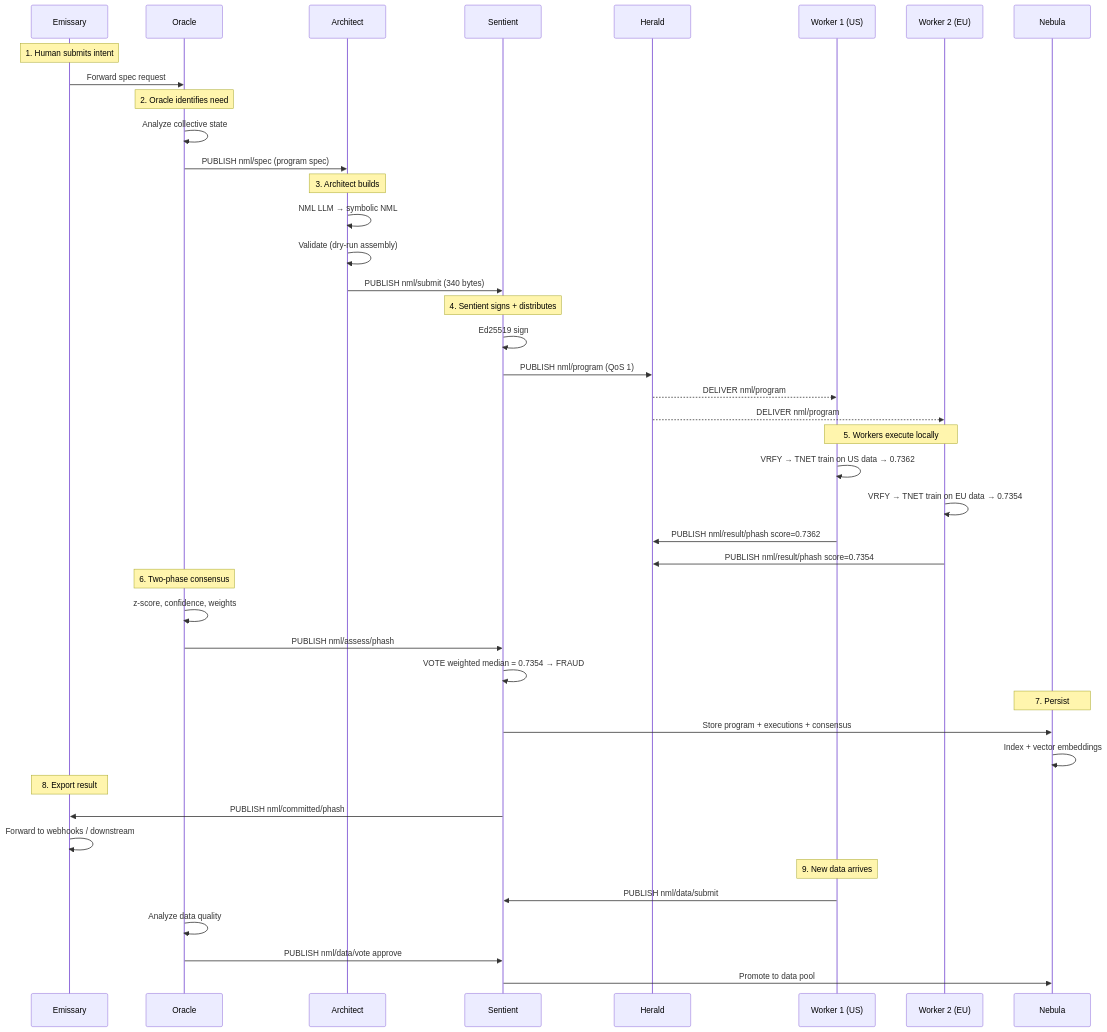
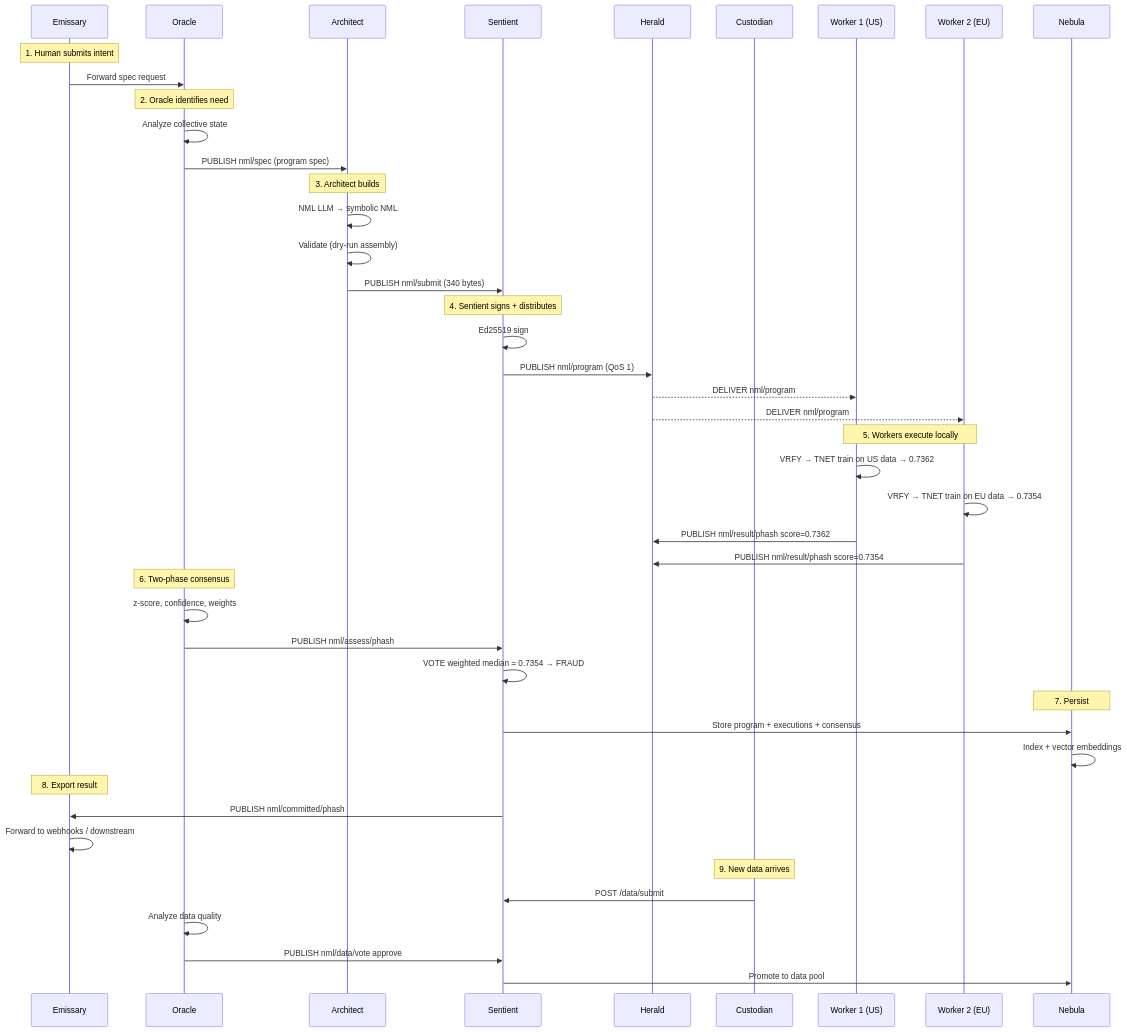
Before and after one commit to dnamaz/nml-collective: the fifth of 5 diagrams in docs/SYSTEM_ARCHITECTURE.md, drawn with Mermaid. The commit also changed other lines of this file and 41 other files, not shown here.

````diff
--- a/docs/SYSTEM_ARCHITECTURE.md
+++ b/docs/SYSTEM_ARCHITECTURE.md
@@ -181,54 +181,55 @@
 ```mermaid
 sequenceDiagram
     participant EM as Emissary
     participant O as Oracle
     participant A as Architect
     participant S as Sentient
     participant H as Herald
+    participant C as Custodian
     participant W1 as Worker 1 (US)
     participant W2 as Worker 2 (EU)
     participant N as Nebula
 
     Note over EM: 1. Human submits intent
     EM->>O: Forward spec request
 
     Note over O: 2. Oracle identifies need
     O->>O: Analyze collective state
     O->>A: PUBLISH nml/spec (program spec)
 
     Note over A: 3. Architect builds
     A->>A: NML LLM → symbolic NML
     A->>A: Validate (dry-run assembly)
     A->>S: PUBLISH nml/submit (340 bytes)
 
     Note over S: 4. Sentient signs + distributes
     S->>S: Ed25519 sign
     S->>H: PUBLISH nml/program (QoS 1)
     H-->>W1: DELIVER nml/program
     H-->>W2: DELIVER nml/program
 
     Note over W1,W2: 5. Workers execute locally
     W1->>W1: VRFY → TNET train on US data → 0.7362
     W2->>W2: VRFY → TNET train on EU data → 0.7354
     W1->>H: PUBLISH nml/result/phash score=0.7362
     W2->>H: PUBLISH nml/result/phash score=0.7354
 
     Note over O: 6. Two-phase consensus
     O->>O: z-score, confidence, weights
     O->>S: PUBLISH nml/assess/phash
     S->>S: VOTE weighted median = 0.7354 → FRAUD
 
     Note over N: 7. Persist
     S->>N: Store program + executions + consensus
     N->>N: Index + vector embeddings
 
     Note over EM: 8. Export result
     S->>EM: PUBLISH nml/committed/phash
     EM->>EM: Forward to webhooks / downstream
 
-    Note over W1: 9. New data arrives
-    W1->>S: PUBLISH nml/data/submit
+    Note over C: 9. New data arrives
+    C->>S: POST /data/submit
     O->>O: Analyze data quality
     O->>S: PUBLISH nml/data/vote approve
     S->>N: Promote to data pool
 ```
````
